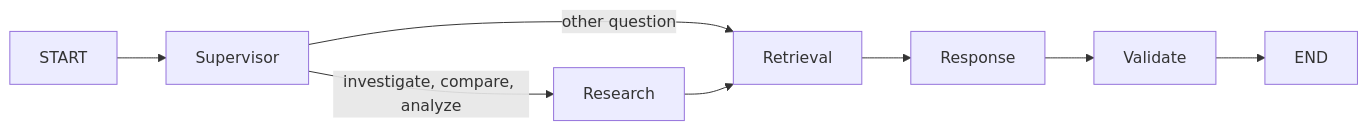
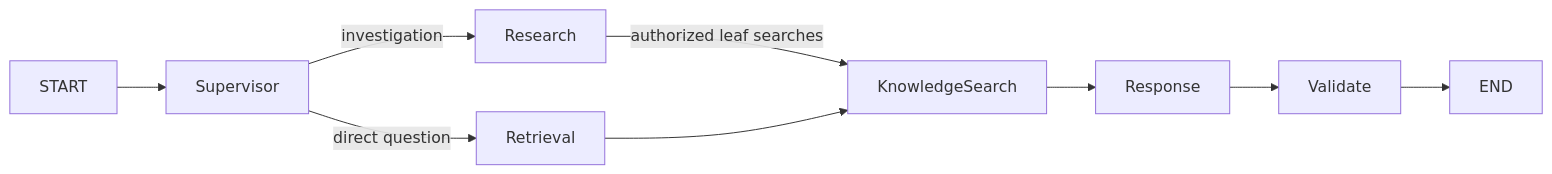
Before and after one commit to Thavarshan/enterprise-knowledge-assistant: the diagram in docs/agent-design.md, drawn with Mermaid. The commit also changed other lines of this file and 17 other files, not shown here.

````diff
--- a/docs/agent-design.md
+++ b/docs/agent-design.md
@@ -12,10 +11,11 @@
 ```mermaid
 flowchart LR
   START --> Supervisor
-  Supervisor -->|other question| Retrieval
-  Supervisor -->|investigate, compare, analyze| Research
-  Research --> Retrieval
-  Retrieval --> Response
+  Supervisor -->|direct question| Retrieval
+  Supervisor -->|investigation| Research
+  Research -->|authorized leaf searches| KnowledgeSearch
+  Retrieval --> KnowledgeSearch
+  KnowledgeSearch --> Response
   Response --> Validate
   Validate --> END
 ```
````
